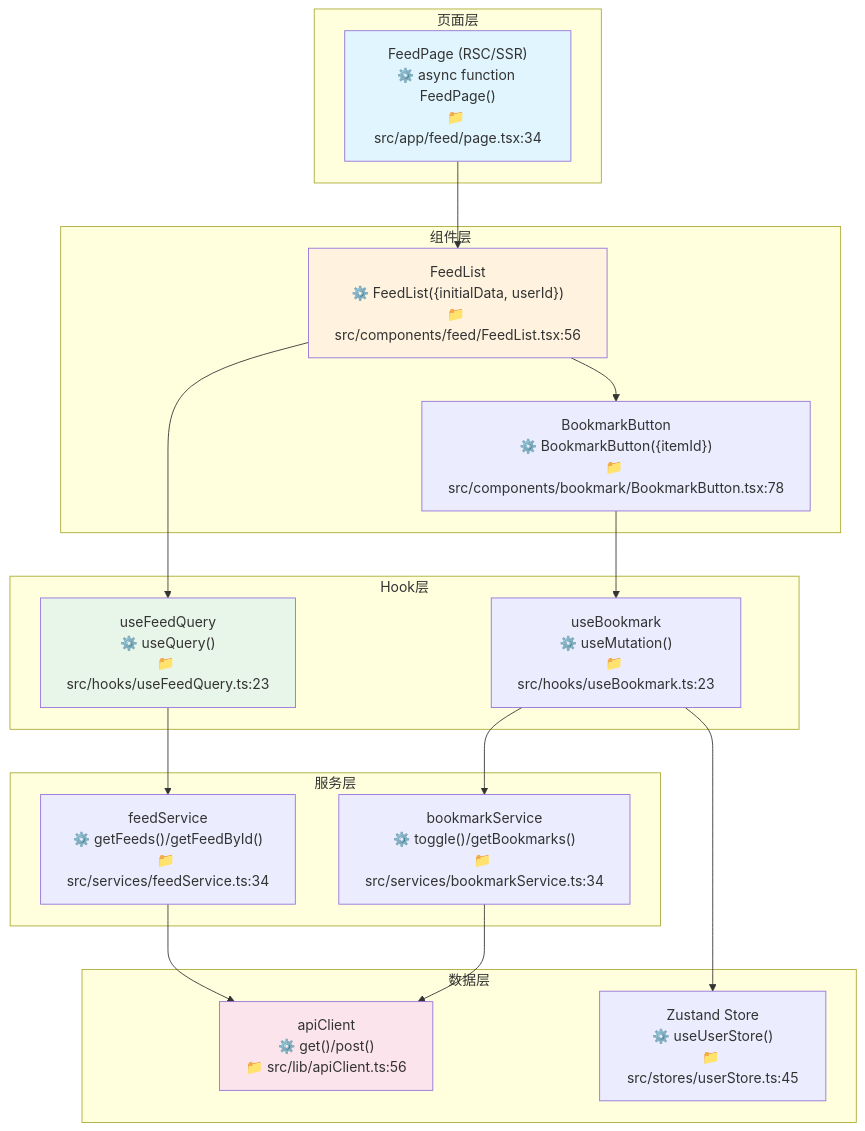
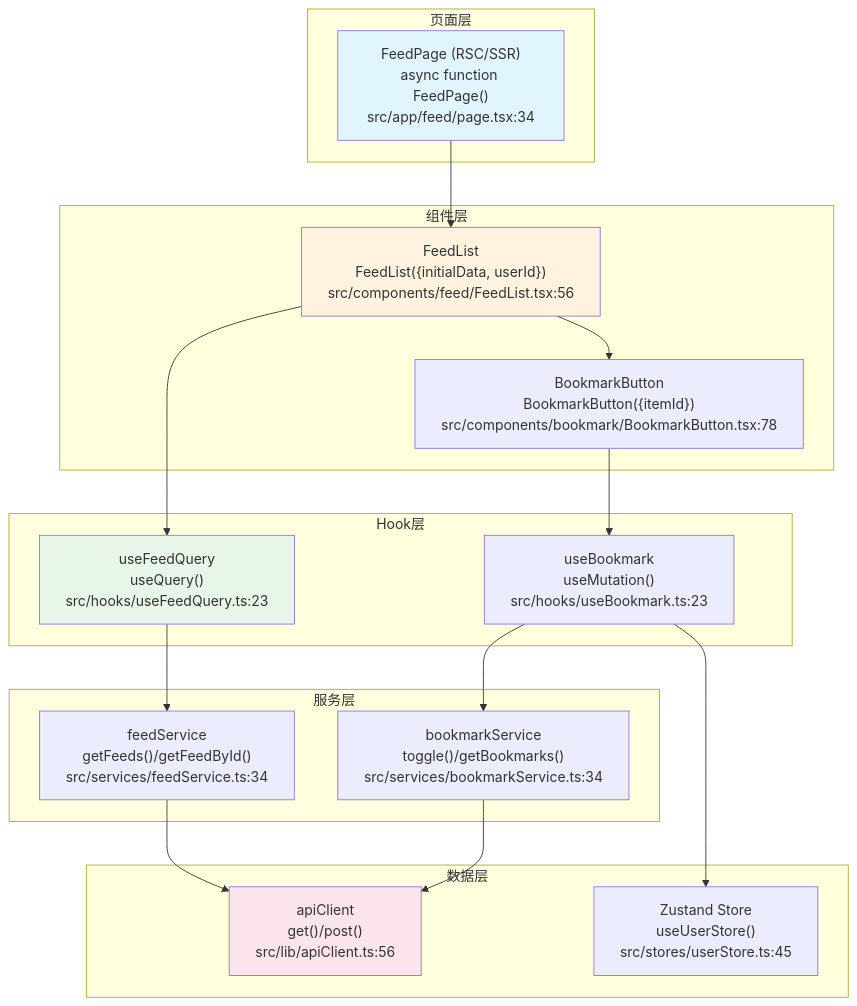
The fifth of 5 diagrams in references/react-template.md (CaostGrace/project-arch-reverse), drawn with Mermaid before and after one commit. The commit also changed other lines of this file and 10 other files, not shown here.

Commit message:
fix: 修复 12.1 流程图 Mermaid 渲染问题 - 结构重组+节点引号+形状修复

````diff
--- a/references/react-template.md
+++ b/references/react-template.md
@@ -361,41 +374,42 @@
 ```mermaid
 flowchart TB
     subgraph Page[页面层]
-        FEED_PAGE["FeedPage (RSC/SSR)<br/>⚙️ async function FeedPage()<br/>📁 src/app/feed/page.tsx:34"]
+        FEED_PAGE["FeedPage (RSC/SSR)<br>async function FeedPage()<br>src/app/feed/page.tsx:34"]
+    end
+    subgraph Component[组件层]
+        FEED_LIST["FeedList<br>FeedList({initialData, userId})<br>src/components/feed/FeedList.tsx:56"]
+        BOOKMARK_BTN["BookmarkButton<br>BookmarkButton({itemId})<br>src/components/bookmark/BookmarkButton.tsx:78"]
+    end
+    subgraph Hook[Hook层]
+        USE_FEED["useFeedQuery<br>useQuery()<br>src/hooks/useFeedQuery.ts:23"]
+        USE_BOOKMARK["useBookmark<br>useMutation()<br>src/hooks/useBookmark.ts:23"]
+    end
+    subgraph Service[服务层]
+        FEED_SVC["feedService<br>getFeeds()/getFeedById()<br>src/services/feedService.ts:34"]
+        BOOKMARK_SVC["bookmarkService<br>toggle()/getBookmarks()<br>src/services/bookmarkService.ts:34"]
+    end
+    subgraph Data[数据层]
+        API_CLIENT["apiClient<br>get()/post()<br>src/lib/apiClient.ts:56"]
+        STORE["Zustand Store<br>useUserStore()<br>src/stores/userStore.ts:45"]
     end
 
-    subgraph Component[组件层]
-        FEED_LIST["FeedList<br/>⚙️ FeedList({initialData, userId})<br/>📁 src/components/feed/FeedList.tsx:56"]
-        BOOKMARK_BTN["BookmarkButton<br/>⚙️ BookmarkButton({itemId})<br/>📁 src/components/bookmark/BookmarkButton.tsx:78"]
-    end
 
-    subgraph Hook[Hook层]
-        USE_FEED["useFeedQuery<br/>⚙️ useQuery()<br/>📁 src/hooks/useFeedQuery.ts:23"]
-        USE_BOOKMARK["useBookmark<br/>⚙️ useMutation()<br/>📁 src/hooks/useBookmark.ts:23"]
-    end
 
-    subgraph Service[服务层]
-        FEED_SVC["feedService<br/>⚙️ getFeeds()/getFeedById()<br/>📁 src/services/feedService.ts:34"]
-        BOOKMARK_SVC["bookmarkService<br/>⚙️ toggle()/getBookmarks()<br/>📁 src/services/bookmarkService.ts:34"]
-    end
 
-    subgraph Data[数据层]
-        API_CLIENT["apiClient<br/>⚙️ get()/post()<br/>📁 src/lib/apiClient.ts:56"]
-        STORE["Zustand Store<br/>⚙️ useUserStore()<br/>📁 src/stores/userStore.ts:45"]
-    end
 
-    FEED_PAGE --> FEED_LIST
-    FEED_LIST --> USE_FEED
-    FEED_LIST --> BOOKMARK_BTN
-    BOOKMARK_BTN --> USE_BOOKMARK
-    USE_FEED --> FEED_SVC
-    USE_BOOKMARK --> BOOKMARK_SVC
-    FEED_SVC --> API_CLIENT
-    BOOKMARK_SVC --> API_CLIENT
-    USE_BOOKMARK --> STORE
 
-    style FEED_PAGE fill:#e1f5fe
-    style FEED_LIST fill:#fff3e0
-    style USE_FEED fill:#e8f5e9
-    style API_CLIENT fill:#fce4ec
+FEED_PAGE --> FEED_LIST
+FEED_LIST --> USE_FEED
+FEED_LIST --> BOOKMARK_BTN
+BOOKMARK_BTN --> USE_BOOKMARK
+USE_FEED --> FEED_SVC
+USE_BOOKMARK --> BOOKMARK_SVC
+FEED_SVC --> API_CLIENT
+BOOKMARK_SVC --> API_CLIENT
+USE_BOOKMARK --> STORE
+
+style FEED_PAGE fill:#e1f5fe
+style FEED_LIST fill:#fff3e0
+style USE_FEED fill:#e8f5e9
+style API_CLIENT fill:#fce4ec
 ```
````
